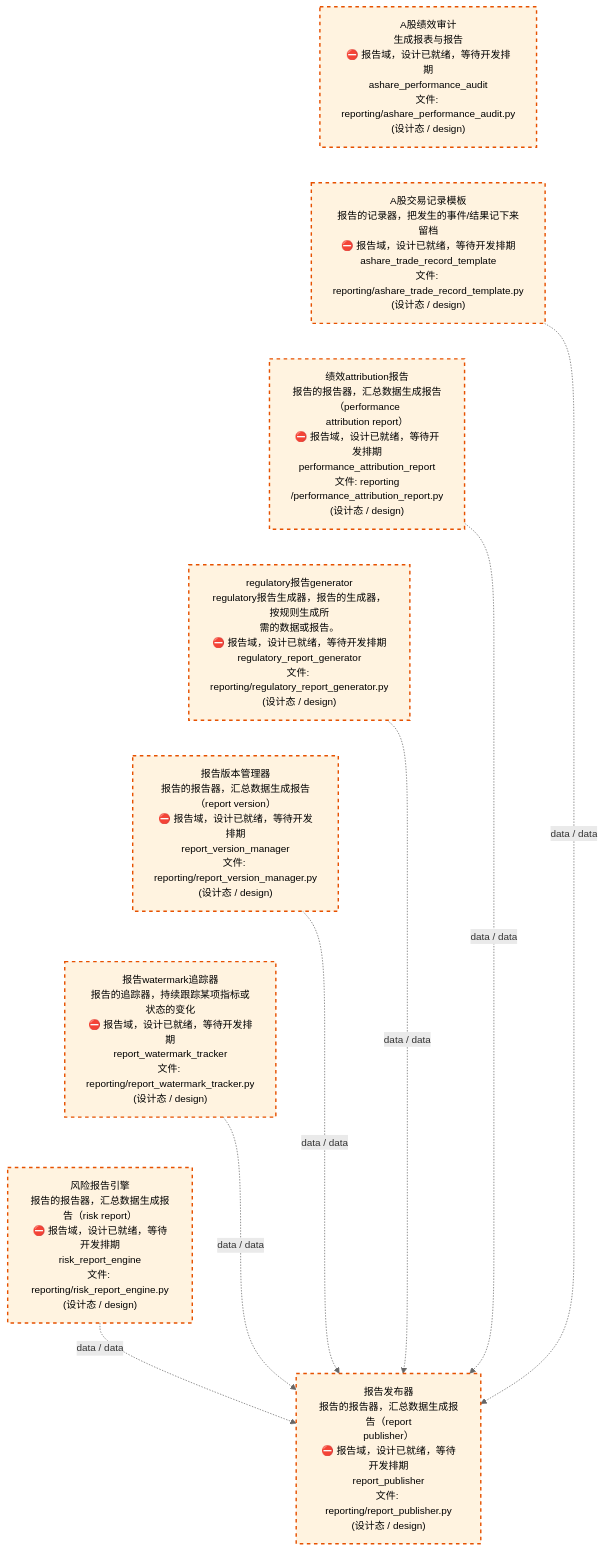
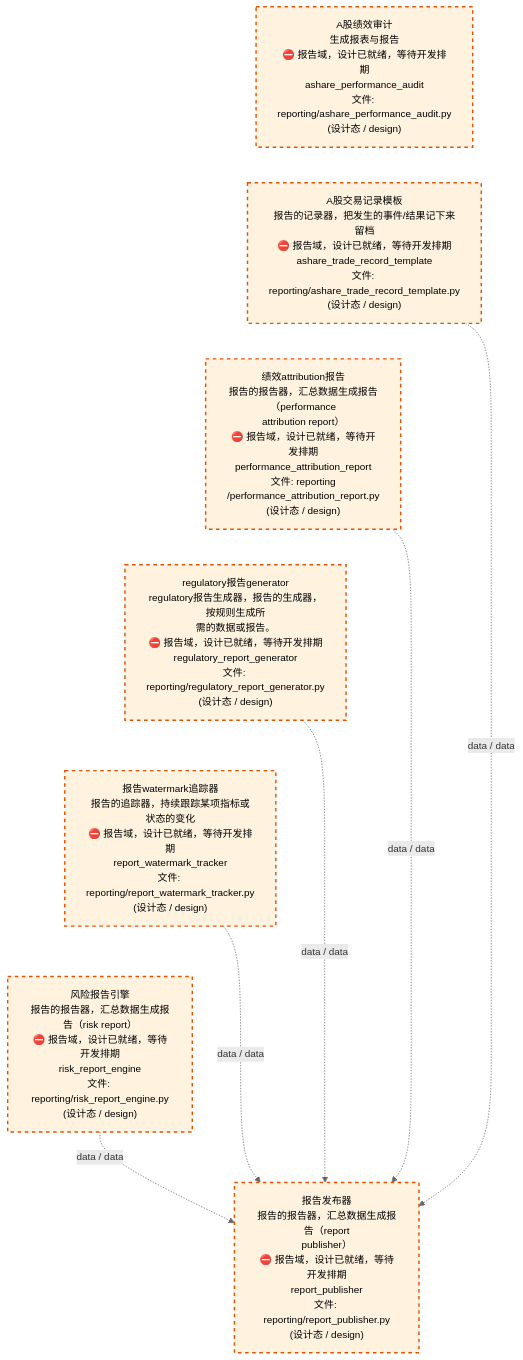
The third of 4 diagrams in docs/02_enterprise_architecture/02_domain_architecture_docs/26_d_reporting.md (xuanFelixVan/ZephyrAlpha), drawn with Mermaid before and after one commit. The commit also changed other lines of this file and 44 other files, not shown here.

````diff
--- a/docs/02_enterprise_architecture/02_domain_architecture_docs/26_d_reporting.md
+++ b/docs/02_enterprise_architecture/02_domain_architecture_docs/26_d_reporting.md
@@ -154,29 +164,26 @@
 ```mermaid
 %%{init: {'theme': 'base', 'themeVariables': {'primaryColor': '#eaeaea', 'primaryTextColor': '#333333', 'primaryBorderColor': '#666666', 'lineColor': '#666666', 'secondaryColor': '#eaeaea', 'tertiaryColor': '#eaeaea', 'fontSize': '14px'}}}%%
 flowchart TD
     src_zephyr_reporting_ashare_performance_audit_py["A股绩效审计<br/>生成报表与报告<br/>⛔ 报告域，设计已就绪，等待开发排期<br/>ashare_performance_audit<br/>文件: reporting/ashare_performance_audit.py<br/>(设计态 / design)"]
     src_zephyr_reporting_ashare_trade_record_template_py["A股交易记录模板<br/>报告的记录器，把发生的事件/结果记下来留档<br/>⛔ 报告域，设计已就绪，等待开发排期<br/>ashare_trade_record_template<br/>文件: reporting/ashare_trade_record_template.py<br/>(设计态 / design)"]
     src_zephyr_reporting_performance_attribution_report_py["绩效attribution报告<br/>报告的报告器，汇总数据生成报告（performance<br/>attribution report）<br/>⛔ 报告域，设计已就绪，等待开发排期<br/>performance_attribution_report<br/>文件: reporting<br/>/performance_attribution_report.py<br/>(设计态 / design)"]
     src_zephyr_reporting_regulatory_report_generator_py["regulatory报告generator<br/>regulatory报告生成器，报告的生成器，按规则生成所<br/>需的数据或报告。<br/>⛔ 报告域，设计已就绪，等待开发排期<br/>regulatory_report_generator<br/>文件: reporting/regulatory_report_generator.py<br/>(设计态 / design)"]
-    src_zephyr_reporting_report_version_manager_py["报告版本管理器<br/>报告的报告器，汇总数据生成报告（report version）<br/>⛔ 报告域，设计已就绪，等待开发排期<br/>report_version_manager<br/>文件: reporting/report_version_manager.py<br/>(设计态 / design)"]
     src_zephyr_reporting_report_watermark_tracker_py["报告watermark追踪器<br/>报告的追踪器，持续跟踪某项指标或状态的变化<br/>⛔ 报告域，设计已就绪，等待开发排期<br/>report_watermark_tracker<br/>文件: reporting/report_watermark_tracker.py<br/>(设计态 / design)"]
     src_zephyr_reporting_risk_report_engine_py["风险报告引擎<br/>报告的报告器，汇总数据生成报告（risk report）<br/>⛔ 报告域，设计已就绪，等待开发排期<br/>risk_report_engine<br/>文件: reporting/risk_report_engine.py<br/>(设计态 / design)"]
     src_zephyr_reporting_ashare_performance_audit_py ~~~ src_zephyr_reporting_ashare_trade_record_template_py
     src_zephyr_reporting_ashare_trade_record_template_py ~~~ src_zephyr_reporting_performance_attribution_report_py
     src_zephyr_reporting_performance_attribution_report_py ~~~ src_zephyr_reporting_regulatory_report_generator_py
-    src_zephyr_reporting_regulatory_report_generator_py ~~~ src_zephyr_reporting_report_version_manager_py
-    src_zephyr_reporting_report_version_manager_py ~~~ src_zephyr_reporting_report_watermark_tracker_py
+    src_zephyr_reporting_regulatory_report_generator_py ~~~ src_zephyr_reporting_report_watermark_tracker_py
     src_zephyr_reporting_report_watermark_tracker_py ~~~ src_zephyr_reporting_risk_report_engine_py
     src_zephyr_reporting_report_publisher_py["报告发布器<br/>报告的报告器，汇总数据生成报告（report<br/>publisher）<br/>⛔ 报告域，设计已就绪，等待开发排期<br/>report_publisher<br/>文件: reporting/report_publisher.py<br/>(设计态 / design)"]
     src_zephyr_reporting_ashare_trade_record_template_py -.->|data / data| src_zephyr_reporting_report_publisher_py
     src_zephyr_reporting_regulatory_report_generator_py -.->|data / data| src_zephyr_reporting_report_publisher_py
     src_zephyr_reporting_risk_report_engine_py -.->|data / data| src_zephyr_reporting_report_publisher_py
-    src_zephyr_reporting_report_version_manager_py -.->|data / data| src_zephyr_reporting_report_publisher_py
     src_zephyr_reporting_performance_attribution_report_py -.->|data / data| src_zephyr_reporting_report_publisher_py
     src_zephyr_reporting_report_watermark_tracker_py -.->|data / data| src_zephyr_reporting_report_publisher_py
     classDef production fill:#e1f5fe,stroke:#01579b,stroke-width:2px,color:#000
     classDef design fill:#fff3e0,stroke:#e65100,stroke-width:2px,color:#000,stroke-dasharray: 5 5
     classDef external_prod fill:#e8f4fd,stroke:#0277bd,stroke-width:1px,color:#000
     classDef external_design fill:#fff8e7,stroke:#ef6c00,stroke-width:1px,color:#000,stroke-dasharray: 5 5
-    class src_zephyr_reporting_ashare_performance_audit_py,src_zephyr_reporting_ashare_trade_record_template_py,src_zephyr_reporting_performance_attribution_report_py,src_zephyr_reporting_regulatory_report_generator_py,src_zephyr_reporting_report_publisher_py,src_zephyr_reporting_report_version_manager_py,src_zephyr_reporting_report_watermark_tracker_py,src_zephyr_reporting_risk_report_engine_py design
+    class src_zephyr_reporting_ashare_performance_audit_py,src_zephyr_reporting_ashare_trade_record_template_py,src_zephyr_reporting_performance_attribution_report_py,src_zephyr_reporting_regulatory_report_generator_py,src_zephyr_reporting_report_publisher_py,src_zephyr_reporting_report_watermark_tracker_py,src_zephyr_reporting_risk_report_engine_py design
 ```
````
